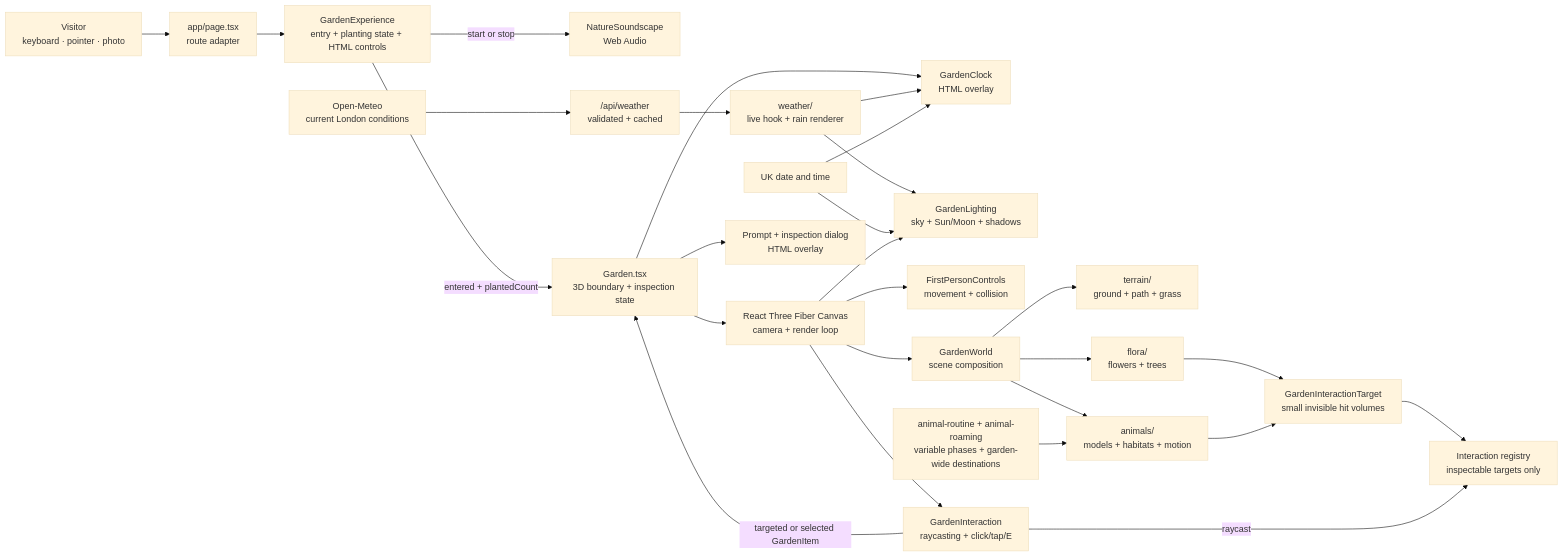
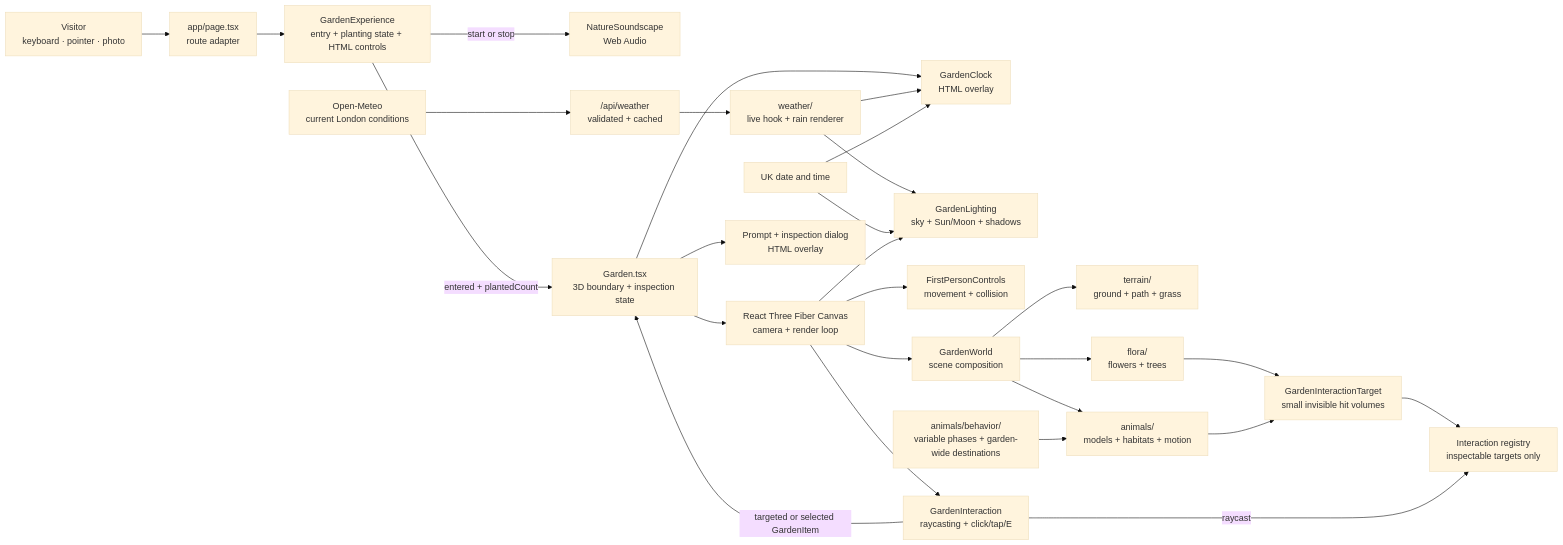
One commit to sophiaxuz/secret-garden changed the diagram in components/garden/README.md. Above: the diagram before and after it, drawn with Mermaid (base theme). The commit also changed other lines of this file and 11 other files, not shown here.

````diff
--- a/components/garden/README.md
+++ b/components/garden/README.md
@@ -9,34 +9,34 @@
 ```mermaid
 flowchart LR
     Visitor["Visitor<br/>keyboard · pointer · photo"] --> Page["app/page.tsx<br/>route adapter"]
     Page --> Experience["GardenExperience<br/>entry + planting state + HTML controls"]
 
     Experience -->|start or stop| Audio["NatureSoundscape<br/>Web Audio"]
     Experience -->|entered + plantedCount| Garden["Garden.tsx<br/>3D boundary + inspection state"]
 
     Garden --> Clock["GardenClock<br/>HTML overlay"]
     Garden --> Canvas["React Three Fiber Canvas<br/>camera + render loop"]
     Provider["Open-Meteo<br/>current London conditions"] --> Route["/api/weather<br/>validated + cached"]
     Route --> Weather["weather/<br/>live hook + rain renderer"]
     Weather --> Clock
     Weather --> Lighting
     Time["UK date and time"] --> Lighting["GardenLighting<br/>sky + Sun/Moon + shadows"]
     Time --> Clock
 
     Canvas --> Lighting
     Canvas --> Navigation["FirstPersonControls<br/>movement + collision"]
     Canvas --> World["GardenWorld<br/>scene composition"]
     Canvas --> Interaction["GardenInteraction<br/>raycasting + click/tap/E"]
 
     World --> Terrain["terrain/<br/>ground + path + grass"]
     World --> Flora["flora/<br/>flowers + trees"]
     World --> Animals["animals/<br/>models + habitats + motion"]
-    Routine["animal-routine + animal-roaming<br/>variable phases + garden-wide destinations"] --> Animals
+    Routine["animals/behavior/<br/>variable phases + garden-wide destinations"] --> Animals
 
     Flora --> Targets["GardenInteractionTarget<br/>small invisible hit volumes"]
     Animals --> Targets
     Targets --> Registry["Interaction registry<br/>inspectable targets only"]
     Interaction -->|raycast| Registry
     Interaction -->|targeted or selected GardenItem| Garden
     Garden --> UI["Prompt + inspection dialog<br/>HTML overlay"]
 ```
````
